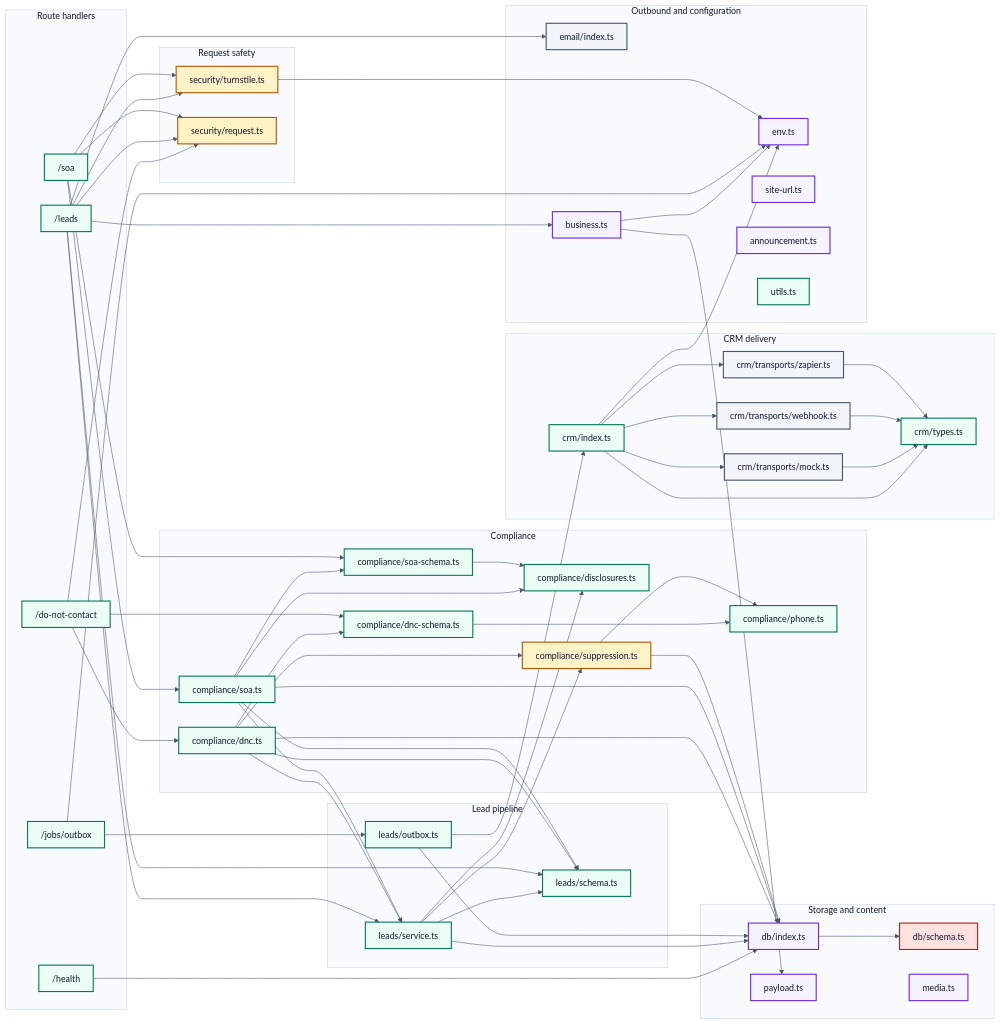
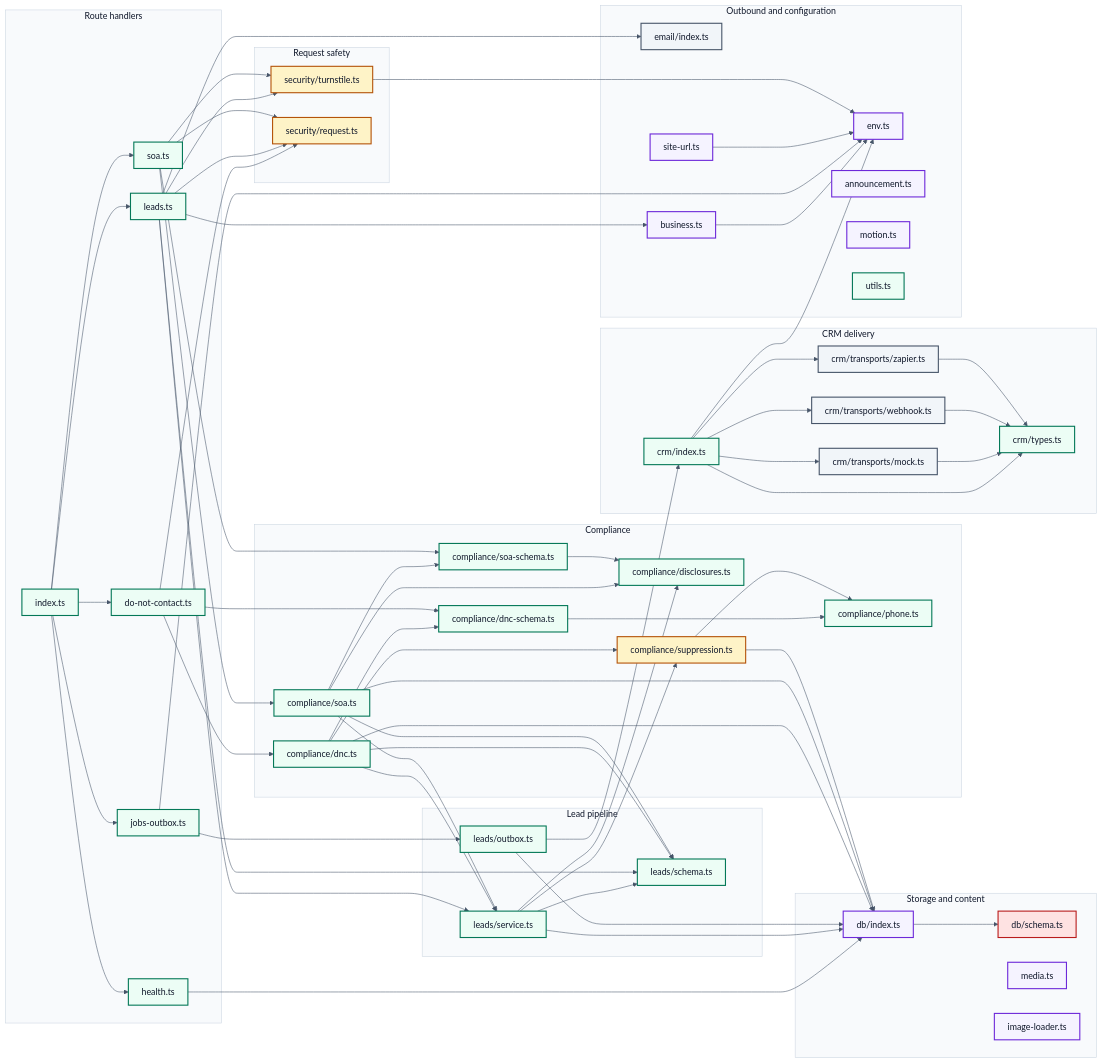
One commit to marc-mccarthy/legacy-benefits-mn changed the diagram in docs/diagrams/D5-module-map.mmd. Above: the diagram before and after it, drawn with Mermaid. The commit also changed 1263 other files, not shown here.

```diff
--- a/docs/diagrams/D5-module-map.mmd
+++ b/docs/diagrams/D5-module-map.mmd
@@ -1,129 +1,136 @@
 %%{init: {"theme":"base","themeVariables":{"fontFamily":"Helvetica Neue, Helvetica, Arial, sans-serif","fontSize":"16px","textColor":"#0F172A","background":"#FFFFFF","lineColor":"#475569","mainBkg":"#EFF6FF","nodeBorder":"#1D4ED8","primaryColor":"#EFF6FF","primaryBorderColor":"#1D4ED8","primaryTextColor":"#0F172A","secondaryColor":"#F1F5F9","secondaryBorderColor":"#475569","secondaryTextColor":"#0F172A","tertiaryColor":"#F8FAFC","tertiaryBorderColor":"#CBD5E1","tertiaryTextColor":"#0F172A","clusterBkg":"#F8FAFC","clusterBorder":"#CBD5E1","edgeLabelBackground":"#FFFFFF","actorBkg":"#EEF2FF","actorBorder":"#4338CA","actorTextColor":"#0F172A","signalColor":"#475569","signalTextColor":"#0F172A","noteBkgColor":"#FEF3C7","noteBorderColor":"#B45309","noteTextColor":"#0F172A","activationBkgColor":"#ECFDF5","activationBorderColor":"#047857","labelBoxBkgColor":"#FEF3C7","labelBoxBorderColor":"#B45309","sequenceNumberColor":"#FFFFFF"},"flowchart":{"htmlLabels":false,"curve":"basis","nodeSpacing":45,"rankSpacing":60,"padding":12},"sequence":{"useMaxWidth":false,"htmlLabels":false,"mirrorActors":false,"wrap":true,"width":190}}}%%
 flowchart LR
 accTitle: Every server module this repository owns, and what each one imports
 accDescr {
   A left-to-right map of the server side of the application, derived from the imports in the
   code rather than drawn by hand, so it cannot describe a wiring that no longer exists. Each
   box is one module; each arrow is one module importing another. Route handlers sit on the
   left, since every request enters through one of them. The two modules that verify a request
   and the one that decides whether a person may be contacted are drawn as gates, because their
   job is to reject. The database schema is drawn as regulated data, because that is what it
   declares. Test files are excluded: a test importing a module says nothing about how the
-  application is wired. 32 modules and 48 imports are drawn.
+  application is wired. 34 modules and 53 imports are drawn.
 }
 
 subgraph Routehandlers ["Route handlers"]
-  leadsRoute["/leads"]
-  soaRoute["/soa"]
-  dncRoute["/do-not-contact"]
-  jobsRoute["/jobs/outbox"]
-  healthRoute["/health"]
+  apiRouter["index.ts"]
+  leadsRoute["leads.ts"]
+  soaRoute["soa.ts"]
+  dncRoute["do-not-contact.ts"]
+  jobsRoute["jobs-outbox.ts"]
+  healthRoute["health.ts"]
 end
 
 subgraph Requestsafety ["Request safety"]
   turnstile["security/turnstile.ts"]
   request["security/request.ts"]
 end
 
 subgraph Leadpipeline ["Lead pipeline"]
   leadService["leads/service.ts"]
   leadSchema["leads/schema.ts"]
   outbox["leads/outbox.ts"]
 end
 
 subgraph Compliance ["Compliance"]
   disclosures["compliance/disclosures.ts"]
   suppression["compliance/suppression.ts"]
   phone["compliance/phone.ts"]
   dnc["compliance/dnc.ts"]
   dncSchema["compliance/dnc-schema.ts"]
   soa["compliance/soa.ts"]
   soaSchema["compliance/soa-schema.ts"]
 end
 
 subgraph CRMdelivery ["CRM delivery"]
   crm["crm/index.ts"]
   crmTypes["crm/types.ts"]
   webhook["crm/transports/webhook.ts"]
   zapier["crm/transports/zapier.ts"]
   mock["crm/transports/mock.ts"]
 end
 
 subgraph Storageandcontent ["Storage and content"]
   db["db/index.ts"]
   dbSchema["db/schema.ts"]
-  payloadLib["payload.ts"]
   media["media.ts"]
+  imageLoader["image-loader.ts"]
 end
 
 subgraph Outboundandconfiguration ["Outbound and configuration"]
   email["email/index.ts"]
   env["env.ts"]
   siteUrl["site-url.ts"]
   business["business.ts"]
   announcement["announcement.ts"]
+  motion["motion.ts"]
   utils["utils.ts"]
 end
 
+apiRouter --> dncRoute
+apiRouter --> healthRoute
+apiRouter --> jobsRoute
+apiRouter --> leadsRoute
+apiRouter --> soaRoute
 business --> env
-business --> payloadLib
 crm --> crmTypes
 crm --> env
 crm --> mock
 crm --> webhook
 crm --> zapier
 db --> dbSchema
 dnc --> db
 dnc --> dncSchema
 dnc --> leadSchema
 dnc --> leadService
 dnc --> suppression
 dncRoute --> dnc
 dncRoute --> dncSchema
 dncRoute --> request
 dncSchema --> phone
 healthRoute --> db
 jobsRoute --> env
 jobsRoute --> outbox
 leadService --> db
 leadService --> disclosures
 leadService --> leadSchema
 leadService --> suppression
 leadsRoute --> business
 leadsRoute --> email
 leadsRoute --> leadSchema
 leadsRoute --> leadService
 leadsRoute --> request
 leadsRoute --> turnstile
 mock --> crmTypes
 outbox --> crm
 outbox --> db
+siteUrl --> env
 soa --> db
 soa --> disclosures
 soa --> leadSchema
 soa --> leadService
 soa --> soaSchema
 soaRoute --> request
 soaRoute --> soa
 soaRoute --> soaSchema
 soaRoute --> turnstile
 soaSchema --> disclosures
 suppression --> db
 suppression --> phone
 turnstile --> env
 webhook --> crmTypes
 zapier --> crmTypes
 
 classDef human    fill:#EEF2FF,stroke:#4338CA,stroke-width:2px,color:#0F172A
 classDef client   fill:#EFF6FF,stroke:#1D4ED8,stroke-width:2px,color:#0F172A
 classDef ours     fill:#ECFDF5,stroke:#047857,stroke-width:2px,color:#0F172A
 classDef guard    fill:#FEF3C7,stroke:#B45309,stroke-width:2px,color:#0F172A
 classDef vendor   fill:#F1F5F9,stroke:#475569,stroke-width:2px,color:#0F172A
 classDef phi      fill:#FEE2E2,stroke:#B91C1C,stroke-width:2px,color:#0F172A
 classDef artifact fill:#F5F3FF,stroke:#6D28D9,stroke-width:2px,color:#0F172A
 
-class leadsRoute,soaRoute,dncRoute,jobsRoute,healthRoute,leadService,leadSchema,outbox,disclosures,phone,dnc,dncSchema,soa,soaSchema,crm,crmTypes,utils ours
+class apiRouter,leadsRoute,soaRoute,dncRoute,jobsRoute,healthRoute,leadService,leadSchema,outbox,disclosures,phone,dnc,dncSchema,soa,soaSchema,crm,crmTypes,utils ours
 class turnstile,request,suppression guard
 class webhook,zapier,mock,email vendor
 class dbSchema phi
-class db,payloadLib,media,env,siteUrl,business,announcement artifact
+class db,media,imageLoader,env,siteUrl,business,announcement,motion artifact
```
